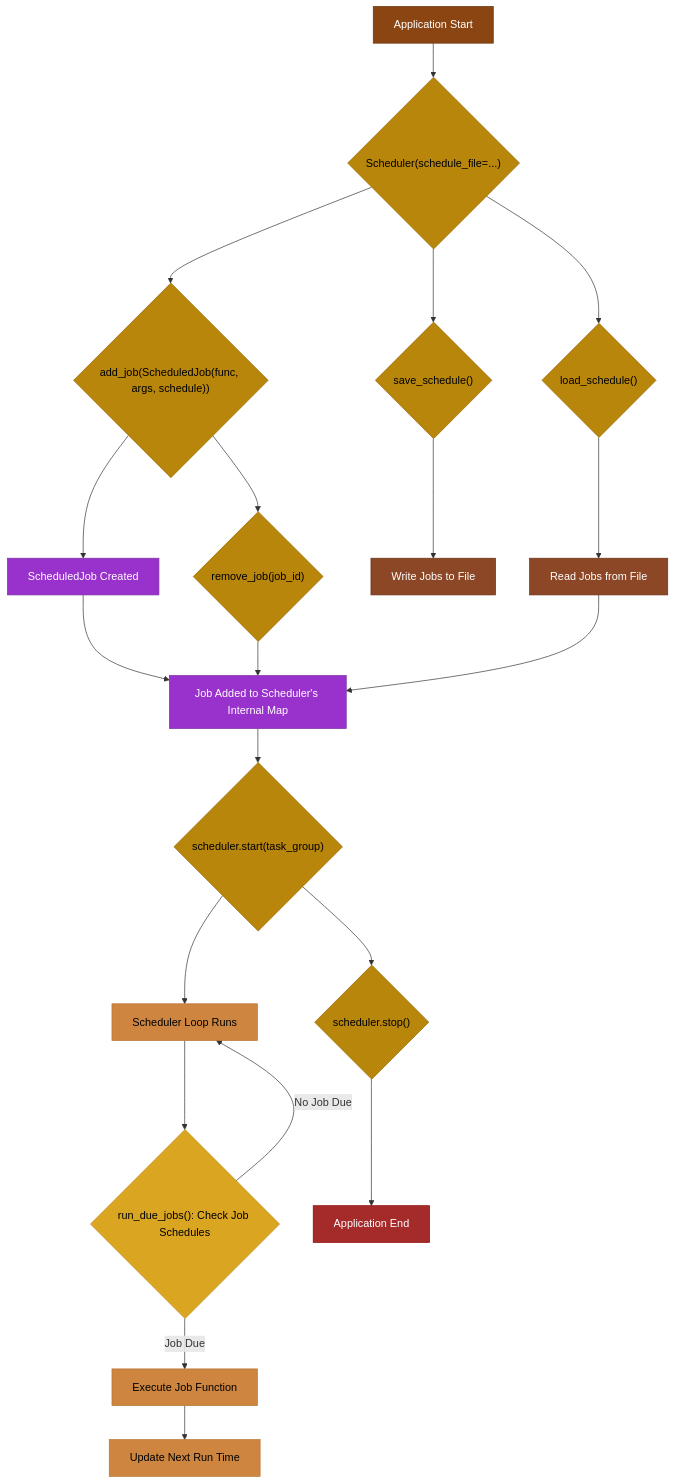
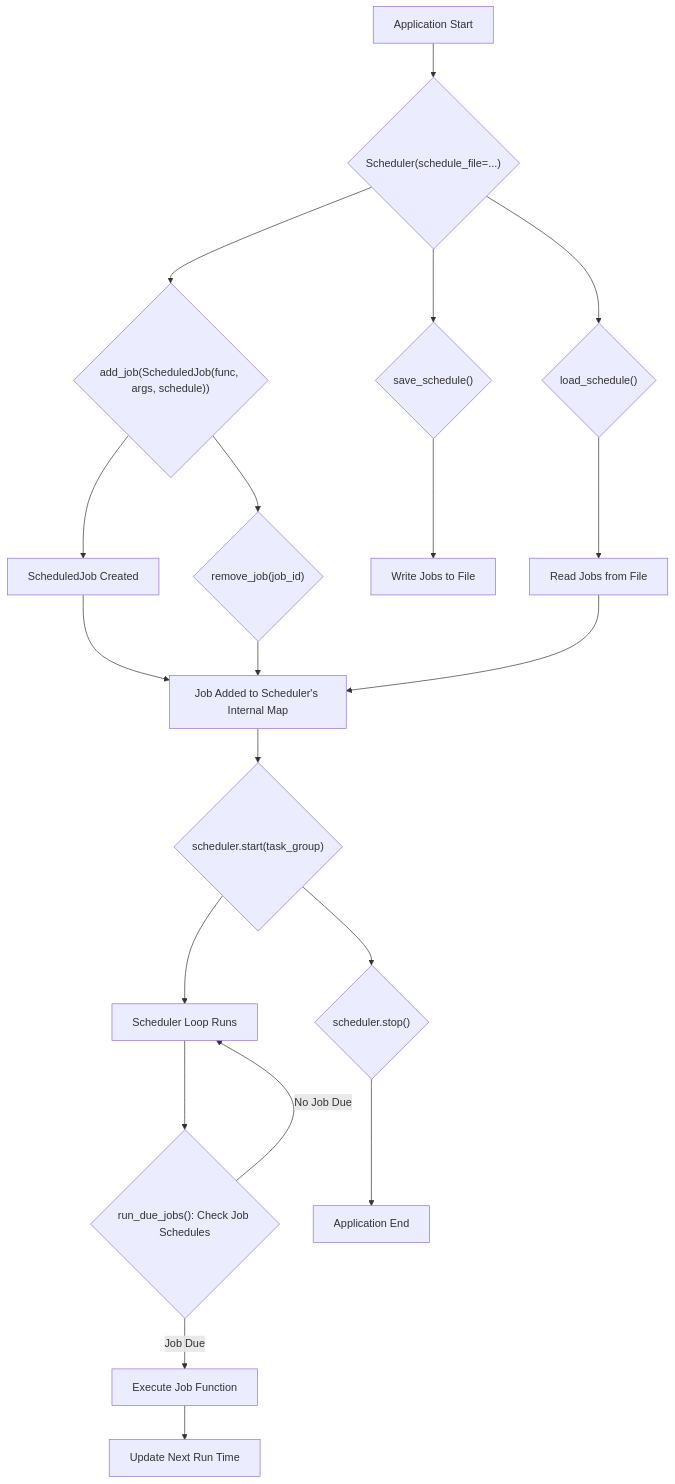
The first of 2 diagrams in scheduler/docs/cookbook_scheduling_jobs.md (ikko/kind), drawn with Mermaid before and after one commit. The commit also changed other lines of this file and 99 other files, not shown here.

````diff
--- a/scheduler/docs/cookbook_scheduling_jobs.md
+++ b/scheduler/docs/cookbook_scheduling_jobs.md
@@ -192,42 +188,24 @@
 ```mermaid
 
 graph TD
     A[Application Start] --> B{Scheduler#40;schedule_file=...#41;}
     B --> C{add_job#40;ScheduledJob#40;func, args, schedule#41;#41;}
     C --> D[ScheduledJob Created]
     D --> E[Job Added to Scheduler's Internal Map]
     E --> F{scheduler.start#40;task_group#41;}
     F --> G[Scheduler Loop Runs]
     G --> H{run_due_jobs#40;#41;: Check Job Schedules}
     H -- Job Due --> I[Execute Job Function]
     I --> J[Update Next Run Time]
     H -- No Job Due --> G
     F --> K{scheduler.stop#40;#41;}
     K --> L[Application End]
     C --> M{remove_job#40;job_id#41;}
     M --> E
     B --> N{save_schedule#40;#41;}
     N --> O[Write Jobs to File]
     B --> P{load_schedule#40;#41;}
     P --> Q[Read Jobs from File]
     Q --> E
 
-    %% Style definitions - Warm, dark color scheme with fine gradients
-    classDef start fill:#8B4513,stroke:#663300,color:white
-    classDef end_ fill:#A52A2A,stroke:#8B0000,color:white 
-    classDef method fill:#B8860B,stroke:#996600,color:black
-    classDef job fill:#9932CC,stroke:#7B2C9D,color:white
-    classDef loop fill:#CD853F,stroke:#B8732F,color:black
-    classDef check fill:#DAA520,stroke:#B8860B,color:black
-    classDef file fill:#8B4726,stroke:#6B3015,color:white
-
-    %% Apply styles
-    class A start
-    class L end_
-    class B,C,F,K,M,N,P method
-    class D,E job
-    class G,I,J loop
-    class H check
-    class O,Q file
-
 ```
````
